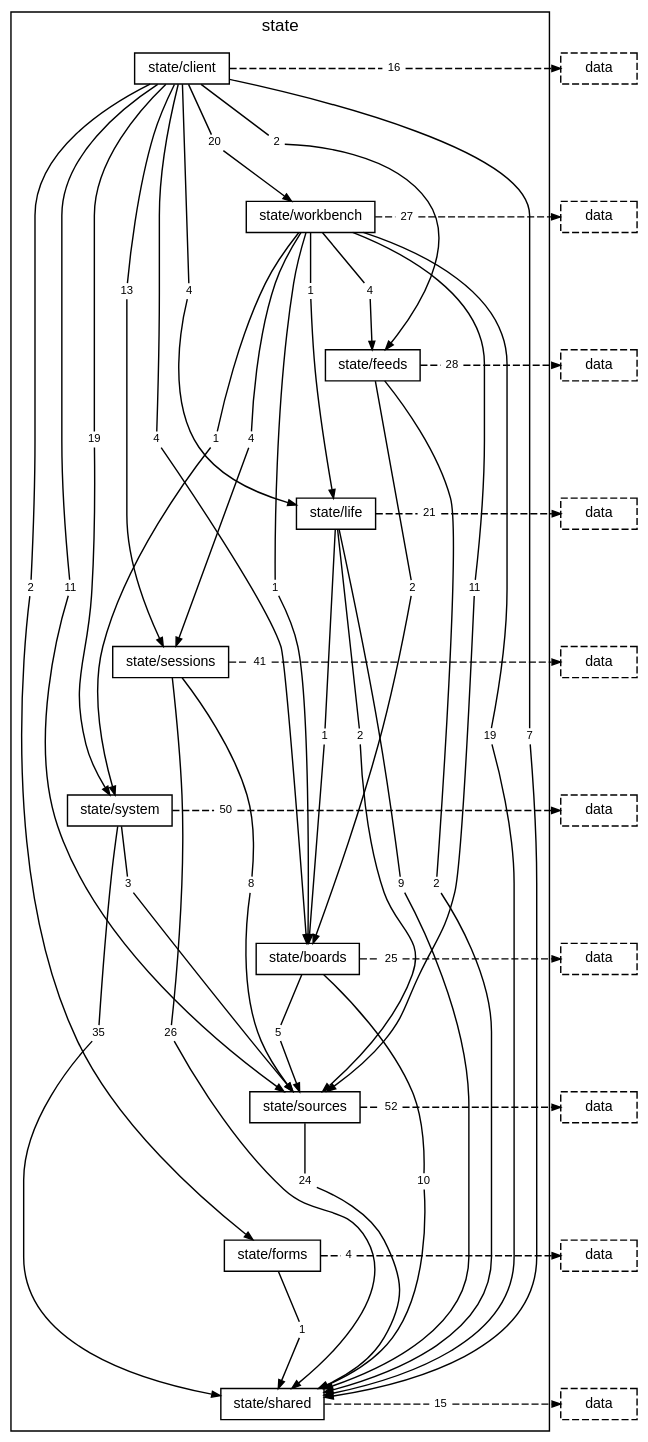
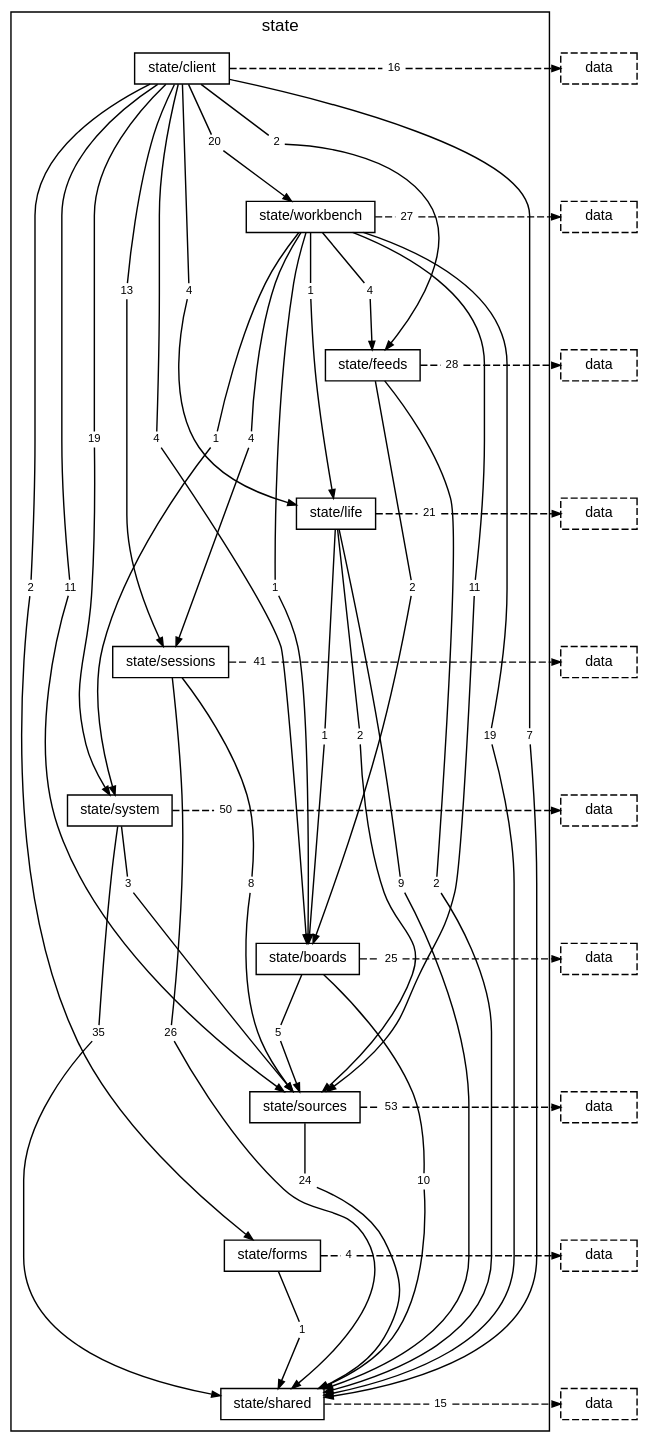
One commit to TheAxeC/oculus changed the diagram in docs/diagrams/layer-state.dot. Above: the diagram before and after it, drawn with Graphviz. The commit also changed 115 other files, not shown here.

```diff
--- a/docs/diagrams/layer-state.dot
+++ b/docs/diagrams/layer-state.dot
@@ -49,7 +49,7 @@
         "folder state/boards to folder state/sources" [label="5", shape=box, color="transparent", fontsize=8, width=0, height=0, margin="0.04,0.02"];
         "folder state/boards to layer data" [label="25", shape=box, color="transparent", fontsize=8, width=0, height=0, margin="0.04,0.02"];
         "folder state/sources to folder state/shared" [label="24", shape=box, color="transparent", fontsize=8, width=0, height=0, margin="0.04,0.02"];
-        "folder state/sources to layer data" [label="52", shape=box, color="transparent", fontsize=8, width=0, height=0, margin="0.04,0.02"];
+        "folder state/sources to layer data" [label="53", shape=box, color="transparent", fontsize=8, width=0, height=0, margin="0.04,0.02"];
         "folder state/forms to folder state/shared" [label="1", shape=box, color="transparent", fontsize=8, width=0, height=0, margin="0.04,0.02"];
         "folder state/forms to layer data" [label="4", shape=box, color="transparent", fontsize=8, width=0, height=0, margin="0.04,0.02"];
         "folder state/shared to layer data" [label="15", shape=box, color="transparent", fontsize=8, width=0, height=0, margin="0.04,0.02"];
```
